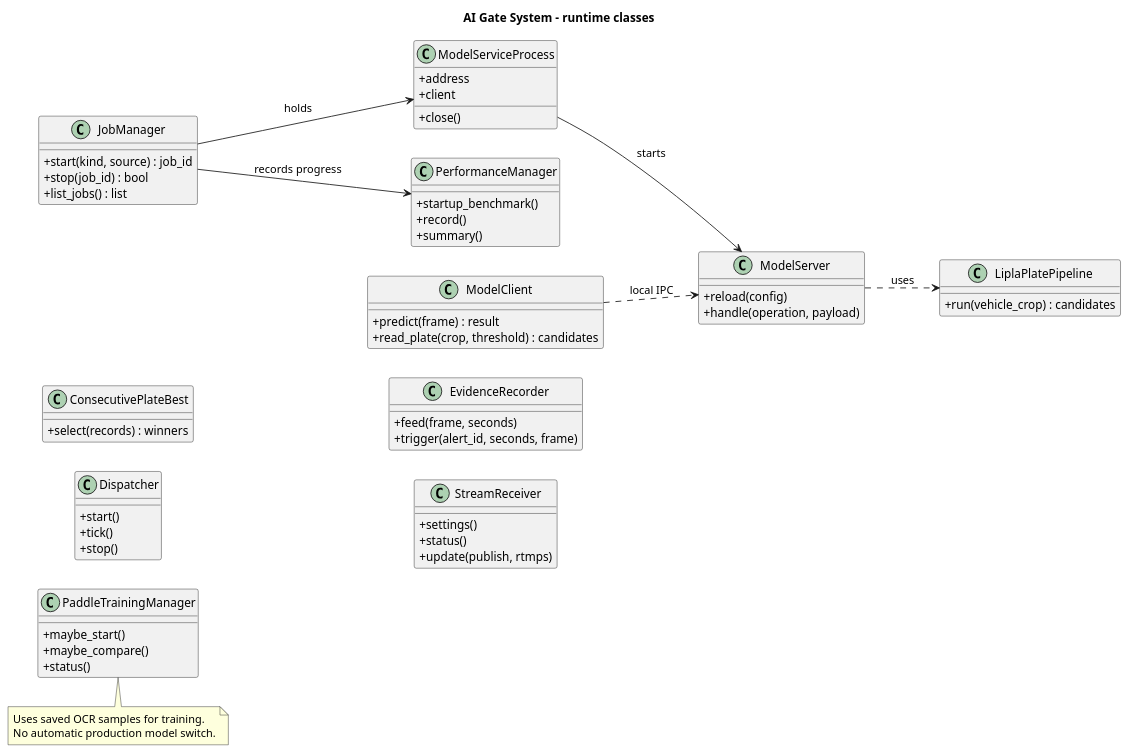
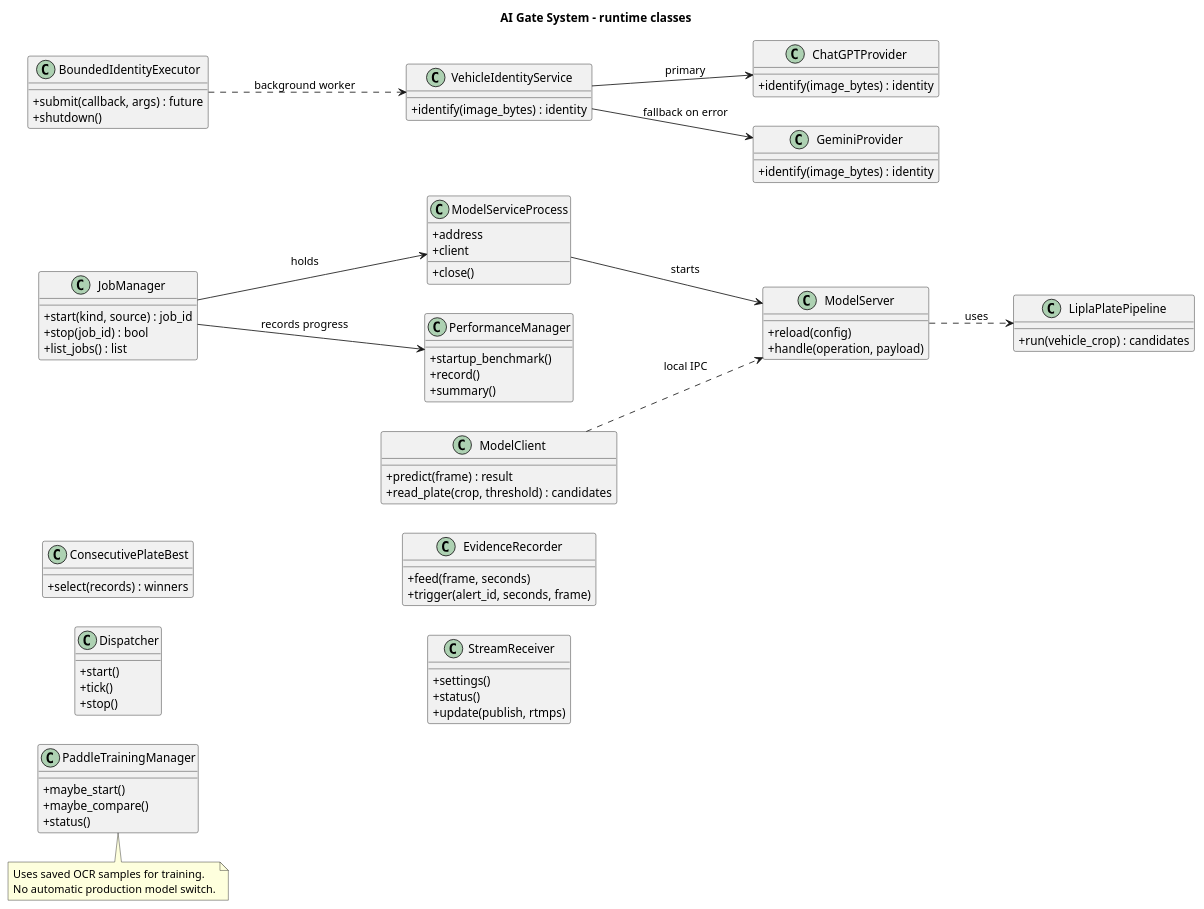
Before and after one commit to UeEmon/AI-Gate-System-: the diagram in docs/classes.puml, drawn with PlantUML. The commit also changed 28 other files, not shown here.

First line of the commit message:
Add external vehicle identification and update UML on main commits

```diff
--- a/docs/classes.puml
+++ b/docs/classes.puml
@@ -1,62 +1,78 @@
 @startuml
 title AI Gate System - runtime classes
 left to right direction
 skinparam classAttributeIconSize 0
 class JobManager {
   +start(kind, source) : job_id
   +stop(job_id) : bool
   +list_jobs() : list
 }
 class ModelServiceProcess {
   +address
   +client
   +close()
 }
 class ModelClient {
   +predict(frame) : result
   +read_plate(crop, threshold) : candidates
 }
 class ModelServer {
   +reload(config)
   +handle(operation, payload)
 }
 class LiplaPlatePipeline {
   +run(vehicle_crop) : candidates
 }
 class ConsecutivePlateBest {
   +select(records) : winners
+}
+class VehicleIdentityService {
+  +identify(image_bytes) : identity
+}
+class ChatGPTProvider {
+  +identify(image_bytes) : identity
+}
+class GeminiProvider {
+  +identify(image_bytes) : identity
+}
+class BoundedIdentityExecutor {
+  +submit(callback, args) : future
+  +shutdown()
 }
 class Dispatcher {
   +start()
   +tick()
   +stop()
 }
 class EvidenceRecorder {
   +feed(frame, seconds)
   +trigger(alert_id, seconds, frame)
 }
 class PaddleTrainingManager {
   +maybe_start()
   +maybe_compare()
   +status()
 }
 class PerformanceManager {
   +startup_benchmark()
   +record()
   +summary()
 }
 class StreamReceiver {
   +settings()
   +status()
   +update(publish, rtmps)
 }
 JobManager --> ModelServiceProcess : holds
 ModelServiceProcess --> ModelServer : starts
 ModelClient ..> ModelServer : local IPC
 ModelServer ..> LiplaPlatePipeline : uses
 JobManager --> PerformanceManager : records progress
+BoundedIdentityExecutor ..> VehicleIdentityService : background worker
+VehicleIdentityService --> ChatGPTProvider : primary
+VehicleIdentityService --> GeminiProvider : fallback on error
 note bottom of PaddleTrainingManager
   Uses saved OCR samples for training.
   No automatic production model switch.
 end note
 @enduml
```
